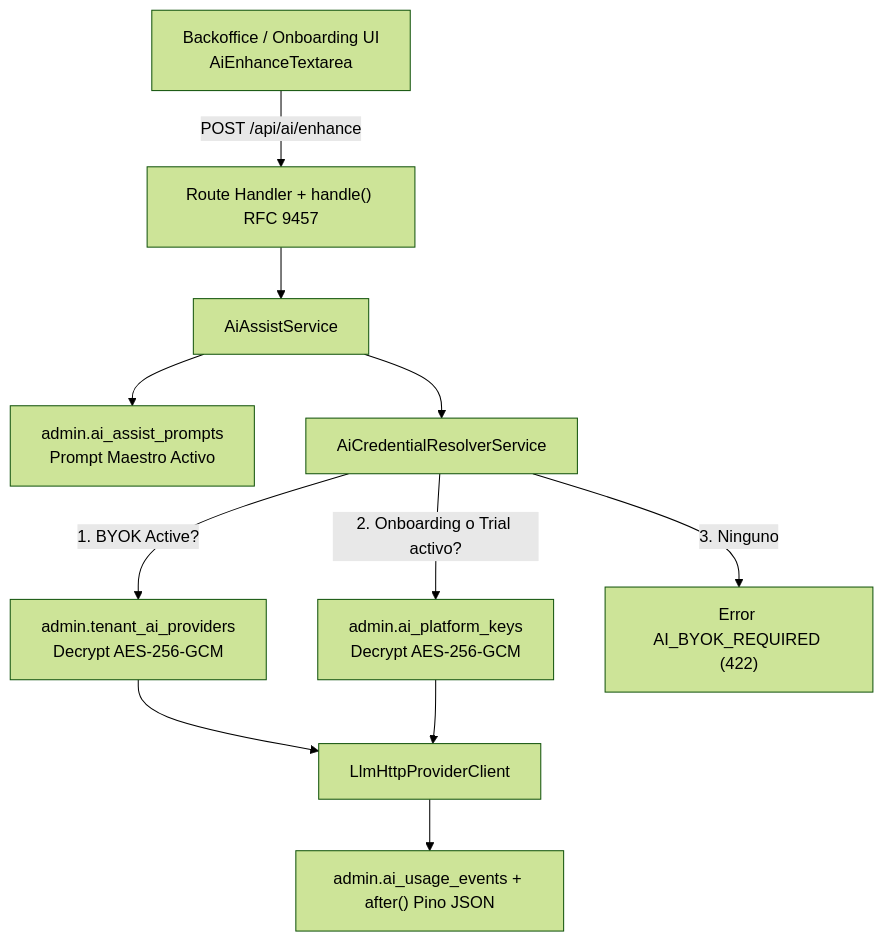
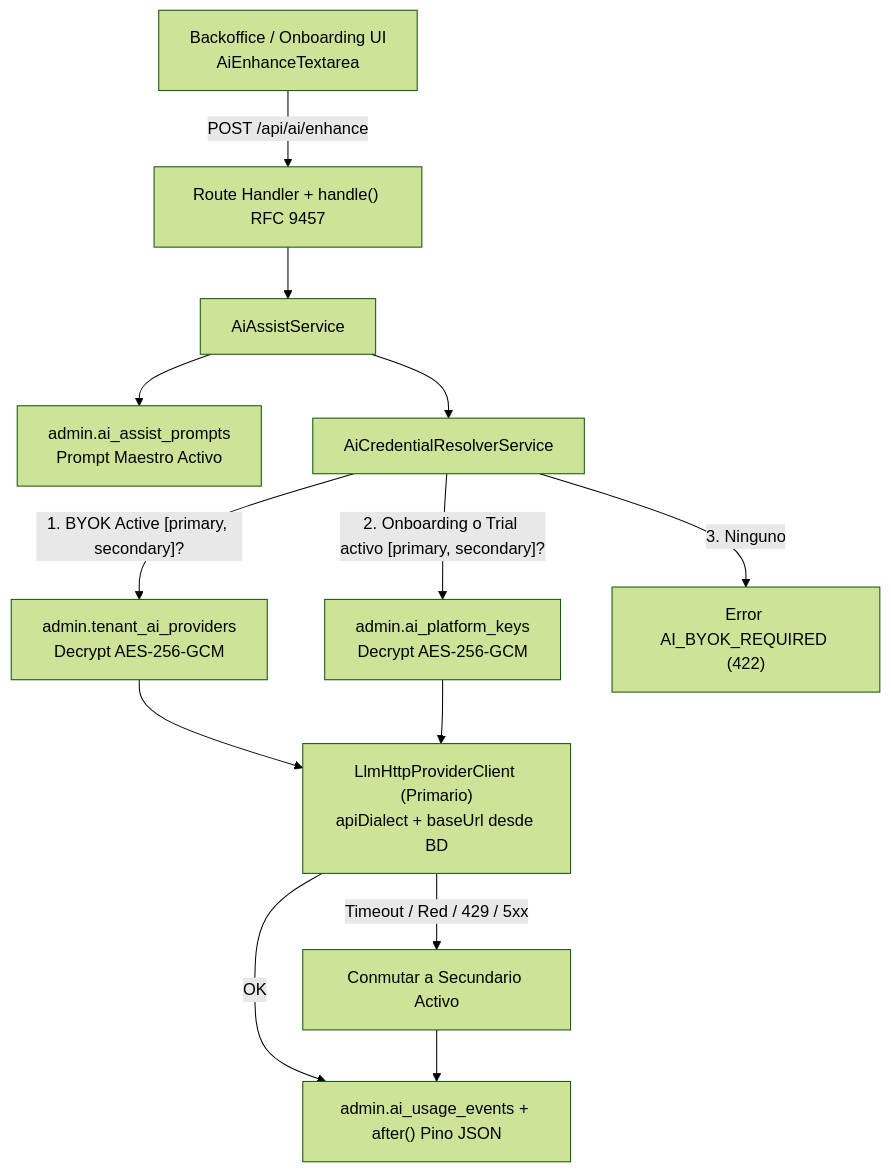
Before and after one commit to EnuarRosales/landig-agencia: the diagram in docs/specs/spec-02-motor-inferencia-byok-prompts-ai/design.md, drawn with Mermaid (forest theme). The commit also changed other lines of this file and 57 other files, not shown here.

Commit message:
#1 feat(ai): implement decoupled llm inference engine byok and prompt governance (spec-02)

````diff
--- a/docs/specs/spec-02-motor-inferencia-byok-prompts-ai/design.md
+++ b/docs/specs/spec-02-motor-inferencia-byok-prompts-ai/design.md
@@ -10,13 +12,15 @@
 ```mermaid
 flowchart TD
     UI["Backoffice / Onboarding UI<br/>AiEnhanceTextarea"] -->|POST /api/ai/enhance| Route["Route Handler + handle() RFC 9457"]
     Route --> Assist["AiAssistService"]
     Assist --> PromptRepo["admin.ai_assist_prompts<br/>Prompt Maestro Activo"]
     Assist --> Resolver["AiCredentialResolverService"]
-    Resolver -->|"1. BYOK Active?"| TenantKey["admin.tenant_ai_providers<br/>Decrypt AES-256-GCM"]
-    Resolver -->|"2. Onboarding o Trial activo?"| PlatformKey["admin.ai_platform_keys<br/>Decrypt AES-256-GCM"]
+    Resolver -->|"1. BYOK Active [primary, secondary]?"| TenantKey["admin.tenant_ai_providers<br/>Decrypt AES-256-GCM"]
+    Resolver -->|"2. Onboarding o Trial activo [primary, secondary]?"| PlatformKey["admin.ai_platform_keys<br/>Decrypt AES-256-GCM"]
     Resolver -->|"3. Ninguno"| Err422["Error AI_BYOK_REQUIRED (422)"]
-    TenantKey --> LLM["LlmHttpProviderClient"]
-    PlatformKey --> LLM
-    LLM --> Audit["admin.ai_usage_events + after() Pino JSON"]
+    TenantKey --> TryPrimary["LlmHttpProviderClient (Primario)<br/>apiDialect + baseUrl desde BD"]
+    PlatformKey --> TryPrimary
+    TryPrimary -->|"OK"| Audit["admin.ai_usage_events + after() Pino JSON"]
+    TryPrimary -->|"Timeout / Red / 429 / 5xx"| TrySecondary["Conmutar a Secundario Activo"]
+    TrySecondary --> Audit
 ```
````
